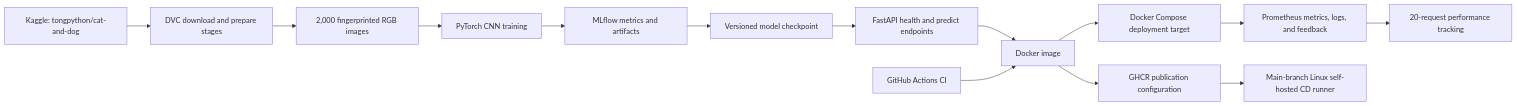
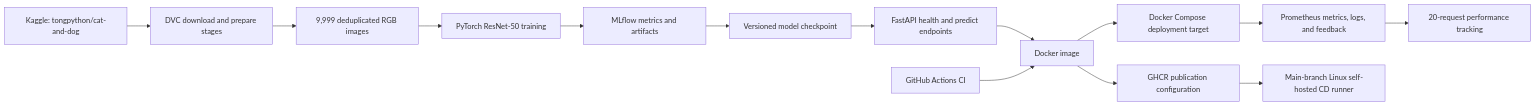
Before and after one commit to hamza-aziz-ai/MLOPs-Cats-Dogs-Pipeline: the diagram in README.md, drawn with Mermaid. The commit also changed other lines of this file and 78 other files, not shown here.

````diff
--- a/README.md
+++ b/README.md
@@ -27,16 +27,16 @@
 ```mermaid
 flowchart LR
     A["Kaggle: tongpython/cat-and-dog"] --> B["DVC download and prepare stages"]
-    B --> C["2,000 fingerprinted RGB images"]
-    C --> D["PyTorch CNN training"]
+    B --> C["9,999 deduplicated RGB images"]
+    C --> D["PyTorch ResNet-50 training"]
     D --> E["MLflow metrics and artifacts"]
     E --> F["Versioned model checkpoint"]
     F --> G["FastAPI health and predict endpoints"]
     G --> H["Docker image"]
     H --> I["Docker Compose deployment target"]
     I --> J["Prometheus metrics, logs, and feedback"]
     J --> K["20-request performance tracking"]
     L["GitHub Actions CI"] --> H
     H --> M["GHCR publication configuration"]
     M --> N["Main-branch Linux self-hosted CD runner"]
 ```
````
